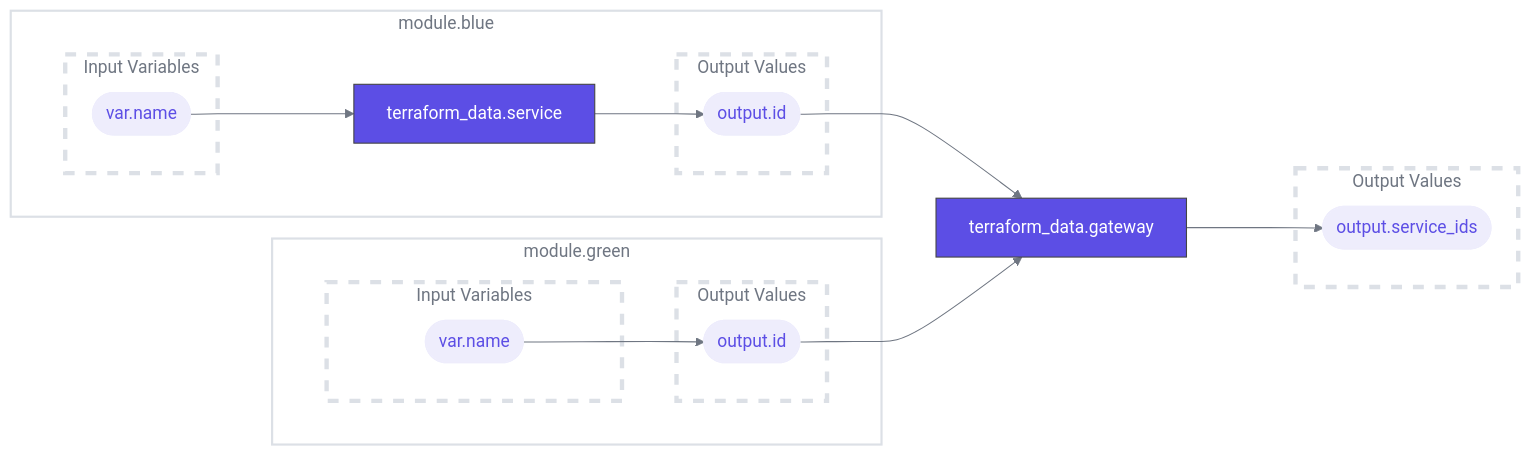
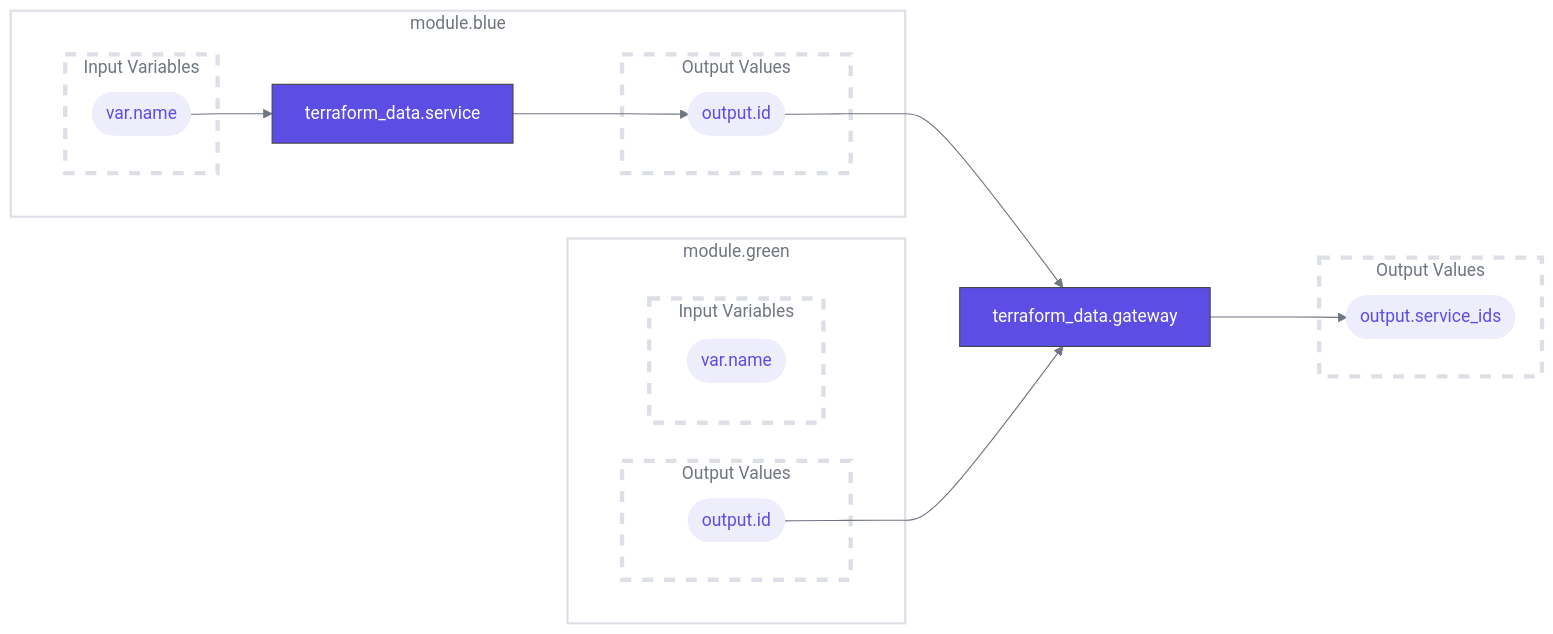
Before and after one commit to asannou/tfmermaid-action: the third of 21 diagrams in README.md, drawn with Mermaid. The commit also changed 2 other files, not shown here.

Commit message:
Avoid inferred edges in representative view

````diff
--- a/README.md
+++ b/README.md
@@ -135,51 +135,50 @@
 ```mermaid
 %%tfmermaid:module-views/representative
 %%{init:{"theme":"default","themeVariables":{"lineColor":"#6f7682","textColor":"#6f7682"}}}%%
 flowchart LR
 classDef r fill:#5c4ee5,stroke:#444,color:#fff
 classDef v fill:#eeedfc,stroke:#eeedfc,color:#5c4ee5
 classDef ms fill:none,stroke:#dce0e6,stroke-width:2px
 classDef vs fill:none,stroke:#dce0e6,stroke-width:4px,stroke-dasharray:10
 classDef ps fill:none,stroke:none
 classDef cs fill:#f7f8fa,stroke:#dce0e6,stroke-width:2px
 subgraph "n0"["module.blue"]
 subgraph "n0_padding"[" "]
 n1["terraform_data.service"]:::r
 subgraph "n2"["Output Values"]
 n3(["output.id"]):::v
 end
 class n2 vs
 subgraph "n4"["Input Variables"]
 n5(["var.name"]):::v
 end
 class n4 vs
 end
 class n0_padding ps
 end
 class n0 ms
 n6["terraform_data.gateway"]:::r
 subgraph "n7"["module.green"]
 subgraph "n7_padding"[" "]
 subgraph "n8"["Output Values"]
 n9(["output.id"]):::v
 end
 class n8 vs
 subgraph "na"["Input Variables"]
 nb(["var.name"]):::v
 end
 class na vs
 end
 class n7_padding ps
 end
 class n7 ms
 subgraph "nc"["Output Values"]
 nd(["output.service_ids"]):::v
 end
 class nc vs
+n1-->n3
 n5-->n1
+n6--->nd
 n3-->n6
 n9-->n6
-n1-->n3
-nb-->n9
-n6--->nd
 ```
````
